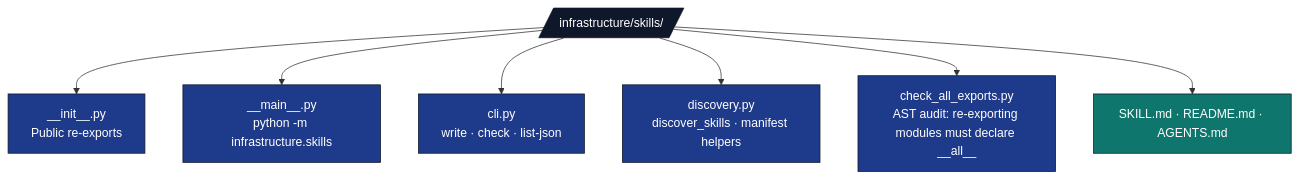
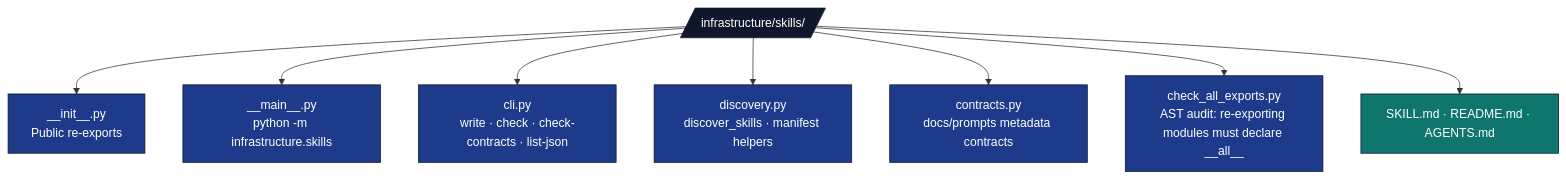
The diagram in infrastructure/skills/AGENTS.md (docxology/template), drawn with Mermaid before and after one commit. The commit also changed other lines of this file and 82 other files, not shown here.

````diff
--- a/infrastructure/skills/AGENTS.md
+++ b/infrastructure/skills/AGENTS.md
@@ -9,17 +9,18 @@
 ```mermaid
 flowchart TB
     SK[/infrastructure/skills//]
     SK --> INIT[__init__.py<br/>Public re-exports]
     SK --> MAIN[__main__.py<br/>python -m infrastructure.skills]
-    SK --> CLI[cli.py<br/>write · check · list-json]
+    SK --> CLI[cli.py<br/>write · check · check-contracts · list-json]
     SK --> DISC[discovery.py<br/>discover_skills · manifest helpers]
+    SK --> CONTRACTS[contracts.py<br/>docs/prompts metadata contracts]
     SK --> CHK[check_all_exports.py<br/>AST audit: re-exporting modules must declare __all__]
     SK --> DOCS[SKILL.md · README.md · AGENTS.md]
 
     classDef d fill:#0f172a,stroke:#0f172a,color:#fff
     classDef code fill:#1e3a8a,stroke:#0f172a,color:#fff
     classDef doc fill:#0f766e,stroke:#0f172a,color:#fff
     class SK d
-    class INIT,MAIN,CLI,DISC,CHK code
+    class INIT,MAIN,CLI,DISC,CONTRACTS,CHK code
     class DOCS doc
 ```
````
